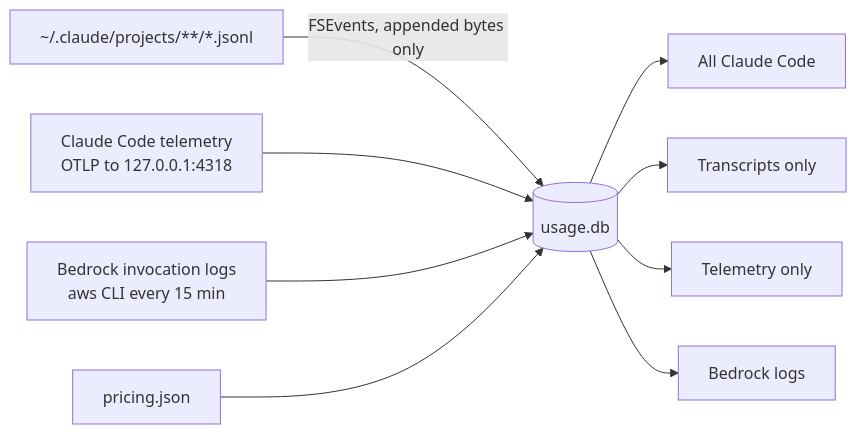
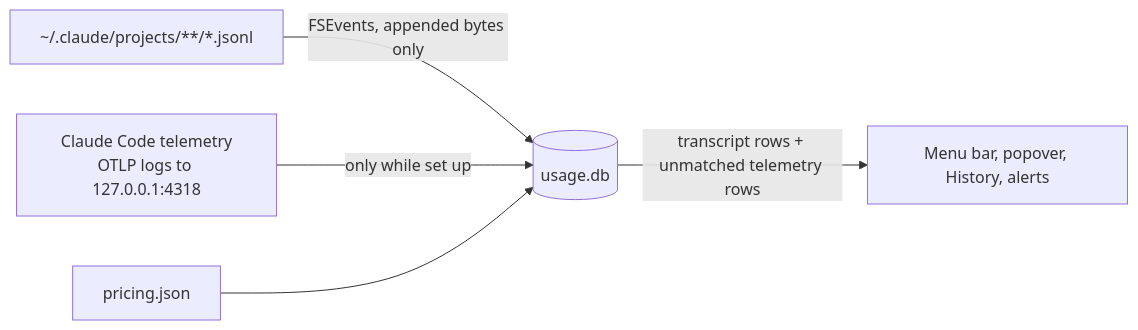
One commit to JRaunak/Burn changed the diagram in README.md. Above: the diagram before and after it, drawn with Mermaid. The commit also changed other lines of this file and 12 other files, not shown here.

Commit message:
One source, telemetry setup button, drop Bedrock

````diff
--- a/README.md
+++ b/README.md
@@ -89,11 +92,7 @@
 ```mermaid
 flowchart LR
   T["~/.claude/projects/**/*.jsonl"] -->|FSEvents, appended bytes only| DB[(usage.db)]
-  O["Claude Code telemetry<br/>OTLP to 127.0.0.1:4318"] --> DB
-  B["Bedrock invocation logs<br/>aws CLI every 15 min"] --> DB
+  O["Claude Code telemetry<br/>OTLP logs to 127.0.0.1:4318"] -->|only while set up| DB
   P[pricing.json] --> DB
-  DB --> A[All Claude Code]
-  DB --> TO[Transcripts only]
-  DB --> OO[Telemetry only]
-  DB --> BL[Bedrock logs]
+  DB -->|transcript rows + unmatched telemetry rows| U[Menu bar, popover, History, alerts]
 ```
````
